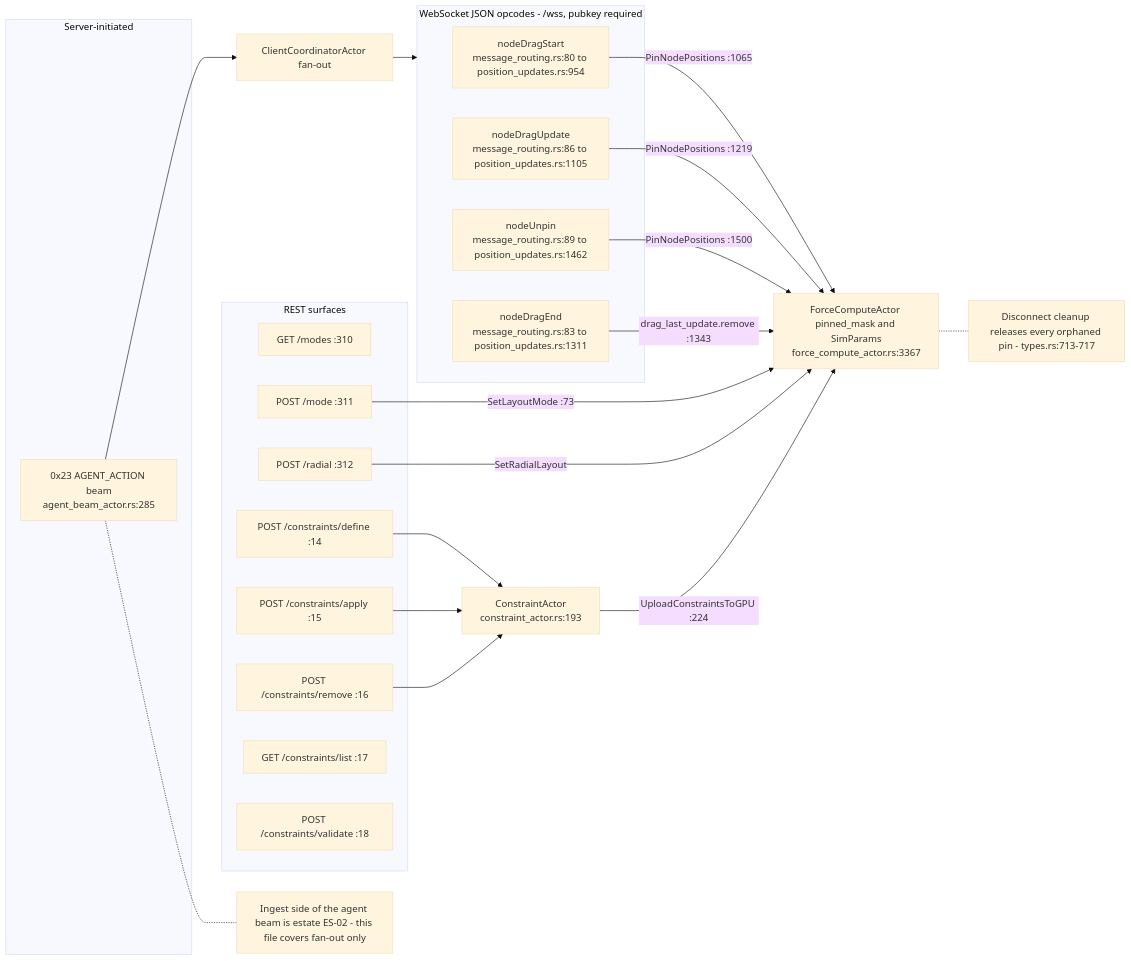
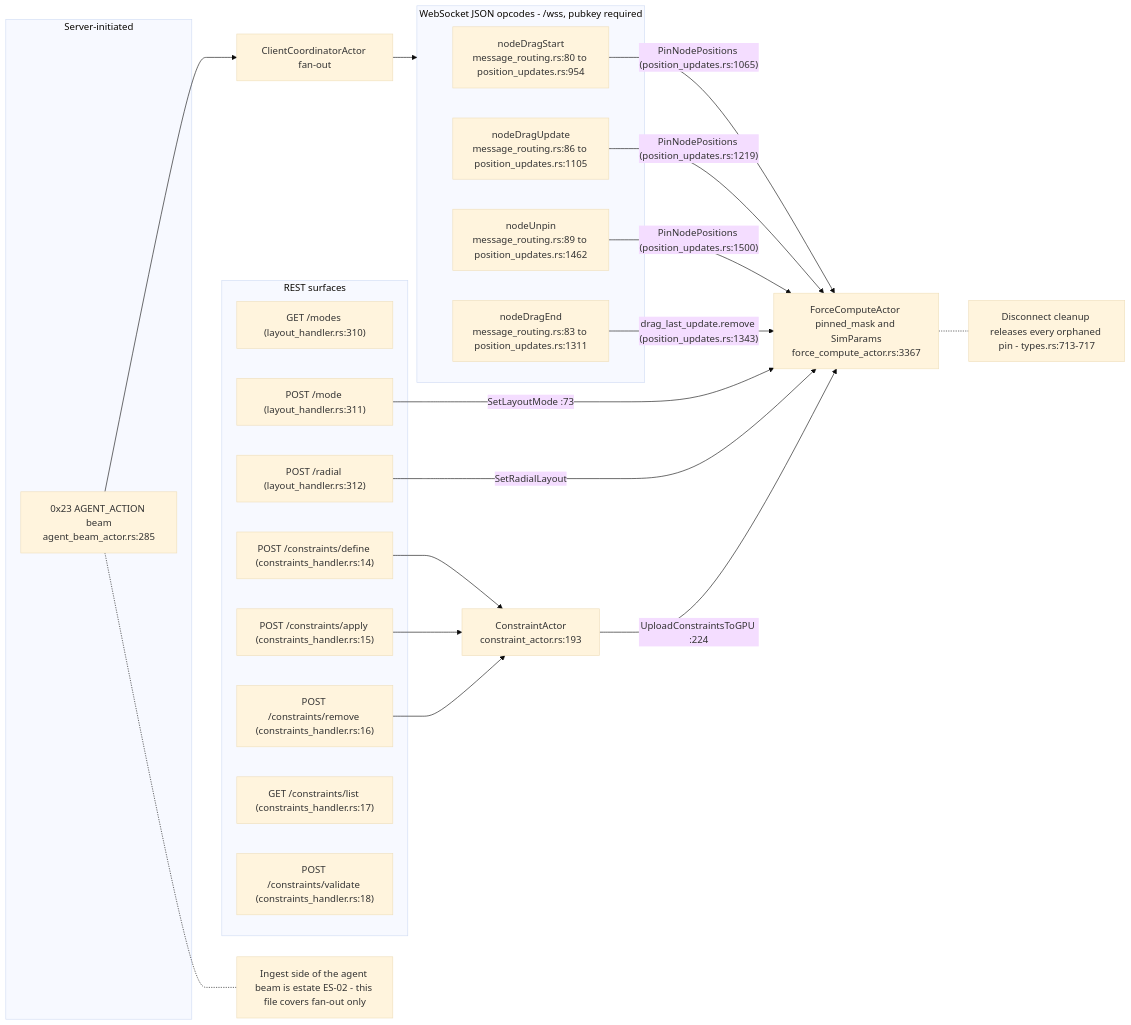
Before and after one commit to DreamLab-AI/VisionFlow: the seventh of 7 diagrams in docs/diagrams/visionclaw/16-interaction-drag-pin-layout.md, drawn with Mermaid (base theme). The commit also changed other lines of this file and 52 other files, not shown here.

First line of the commit message:
docs(diagrams): wave 3 checkpoint — bare line refs resolved, revision-pinned cite-check, VC-05/AB-01..13 re-attested

````diff
--- a/docs/diagrams/visionclaw/16-interaction-drag-pin-layout.md
+++ b/docs/diagrams/visionclaw/16-interaction-drag-pin-layout.md
@@ -217,43 +217,43 @@
 ```mermaid
 flowchart LR
     subgraph WSOPS["WebSocket JSON opcodes - /wss, pubkey required"]
         D1["nodeDragStart<br/>message_routing.rs:80 to position_updates.rs:954"]
         D2["nodeDragEnd<br/>message_routing.rs:83 to position_updates.rs:1311"]
         D3["nodeDragUpdate<br/>message_routing.rs:86 to position_updates.rs:1105"]
         D4["nodeUnpin<br/>message_routing.rs:89 to position_updates.rs:1462"]
     end
     subgraph REST["REST surfaces"]
-        L1["GET /modes :310"]
-        L2["POST /mode :311"]
-        L3["POST /radial :312"]
-        K1["POST /constraints/define :14"]
-        K2["POST /constraints/apply :15"]
-        K3["POST /constraints/remove :16"]
-        K4["GET /constraints/list :17"]
-        K5["POST /constraints/validate :18"]
+        L1["GET /modes (layout_handler.rs:310)"]
+        L2["POST /mode (layout_handler.rs:311)"]
+        L3["POST /radial (layout_handler.rs:312)"]
+        K1["POST /constraints/define (constraints_handler.rs:14)"]
+        K2["POST /constraints/apply (constraints_handler.rs:15)"]
+        K3["POST /constraints/remove (constraints_handler.rs:16)"]
+        K4["GET /constraints/list (constraints_handler.rs:17)"]
+        K5["POST /constraints/validate (constraints_handler.rs:18)"]
     end
     subgraph SRVPUSH["Server-initiated"]
         B1["0x23 AGENT_ACTION beam<br/>agent_beam_actor.rs:285"]
     end
     GPU["ForceComputeActor pinned_mask and SimParams<br/>force_compute_actor.rs:3367"]
     CA["ConstraintActor<br/>constraint_actor.rs:193"]
     CC["ClientCoordinatorActor fan-out"]
 
-    D1 -->|"PinNodePositions :1065"| GPU
-    D3 -->|"PinNodePositions :1219"| GPU
-    D4 -->|"PinNodePositions :1500"| GPU
-    D2 -->|"drag_last_update.remove :1343"| GPU
+    D1 -->|"PinNodePositions (position_updates.rs:1065)"| GPU
+    D3 -->|"PinNodePositions (position_updates.rs:1219)"| GPU
+    D4 -->|"PinNodePositions (position_updates.rs:1500)"| GPU
+    D2 -->|"drag_last_update.remove (position_updates.rs:1343)"| GPU
     L2 -->|"SetLayoutMode :73"| GPU
     L3 -->|"SetRadialLayout"| GPU
     K1 --> CA
     K2 --> CA
     K3 --> CA
     CA -->|"UploadConstraintsToGPU :224"| GPU
     B1 --> CC
     CC --> WSOPS
 
     N1["Disconnect cleanup releases every orphaned pin - types.rs:713-717"]
     N2["Ingest side of the agent beam is estate ES-02 - this file covers fan-out only"]
     GPU -.- N1
     B1 -.- N2
 ```
````
